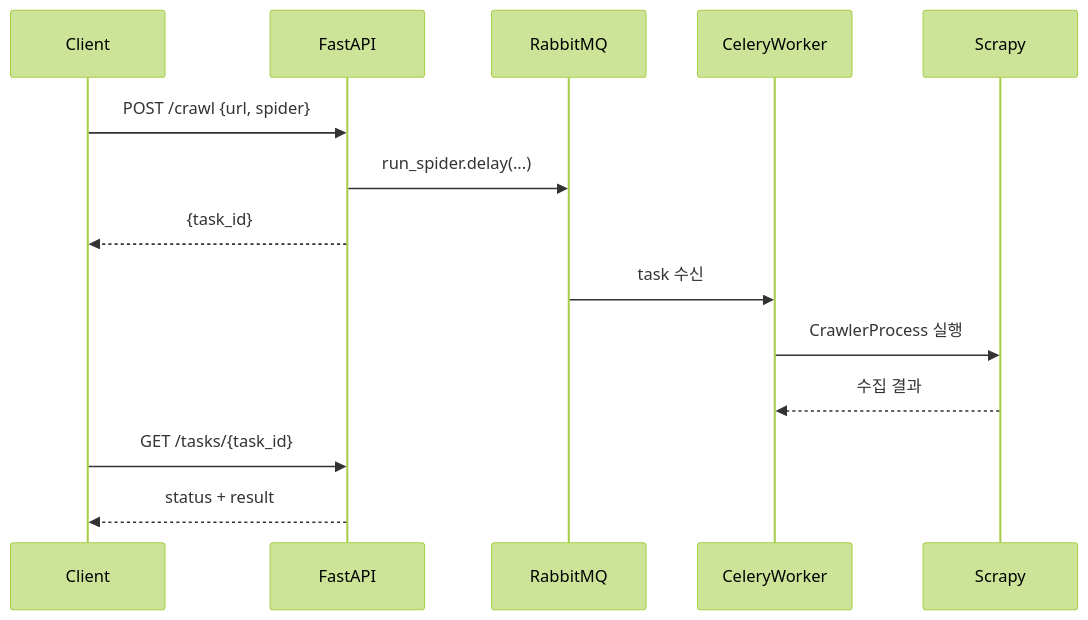
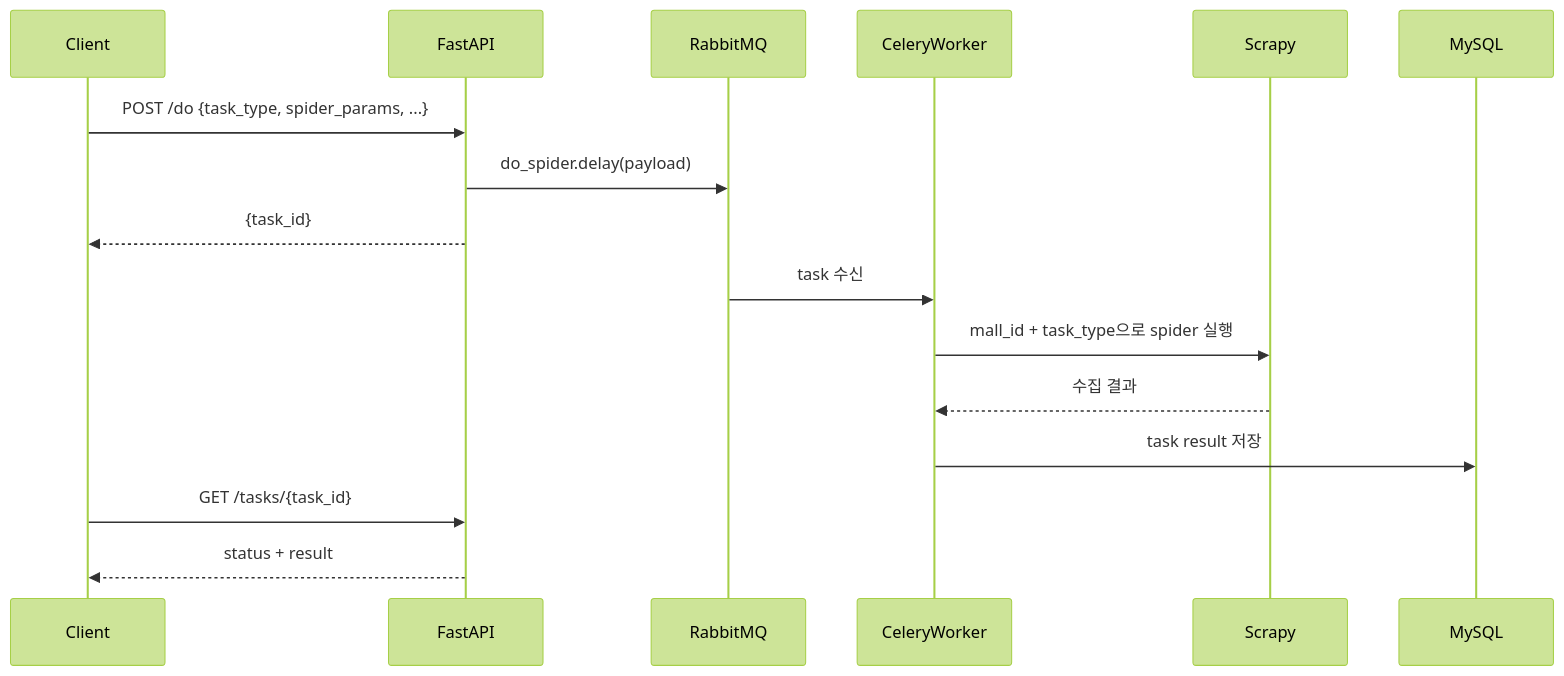
Before and after one commit to seokWoni/fastapi_celery_scrapy: the diagram in README.md, drawn with Mermaid (forest theme). The commit also changed other lines of this file, not shown here.

````diff
--- a/README.md
+++ b/README.md
@@ -7,17 +22,19 @@
 ```mermaid
 sequenceDiagram
     participant Client
     participant FastAPI
     participant RabbitMQ
     participant CeleryWorker
     participant Scrapy
+    participant MySQL
 
-    Client->>FastAPI: POST /crawl {url, spider}
-    FastAPI->>RabbitMQ: run_spider.delay(...)
+    Client->>FastAPI: POST /do {task_type, spider_params, ...}
+    FastAPI->>RabbitMQ: do_spider.delay(payload)
     FastAPI-->>Client: {task_id}
     RabbitMQ->>CeleryWorker: task 수신
-    CeleryWorker->>Scrapy: CrawlerProcess 실행
+    CeleryWorker->>Scrapy: mall_id + task_type으로 spider 실행
     Scrapy-->>CeleryWorker: 수집 결과
+    CeleryWorker->>MySQL: task result 저장
     Client->>FastAPI: GET /tasks/{task_id}
     FastAPI-->>Client: status + result
 ```
````
